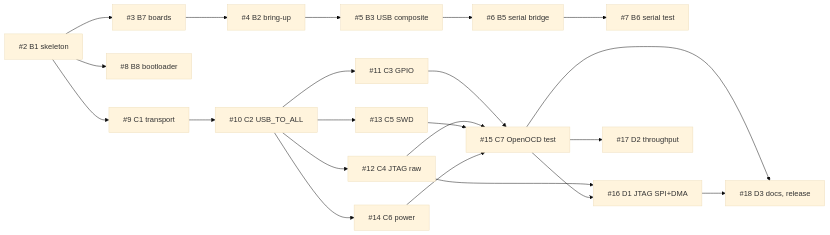
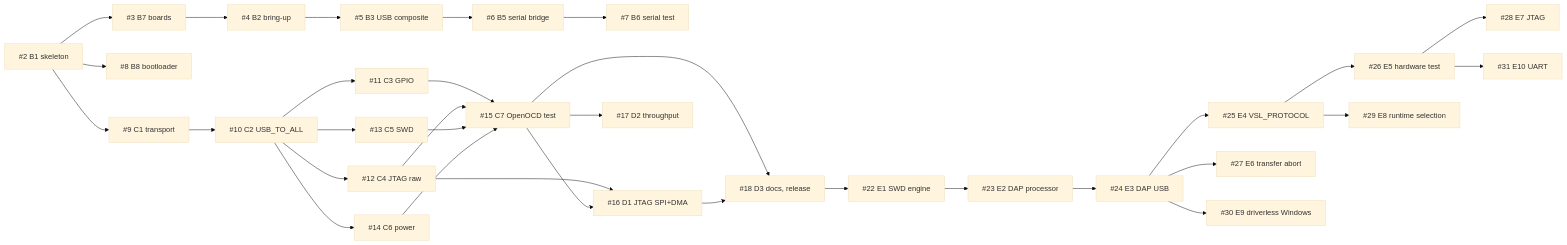
The diagram in docs/plan.md (OpenMUPP/OpenMUPP), drawn with Mermaid (base theme) before and after one commit. The commit also changed other lines of this file and 5 other files, not shown here.

Commit message:
docs: describe the VSL_PROTOCOL option and the CMSIS-DAP image

````diff
--- a/docs/plan.md
+++ b/docs/plan.md
@@ -72,24 +83,34 @@
 ```mermaid
 flowchart LR
     B1["#2 B1 skeleton"] --> B7["#3 B7 boards"]
     B7 --> B2["#4 B2 bring-up"]
     B2 --> B3["#5 B3 USB composite"]
     B3 --> B5["#6 B5 serial bridge"]
     B5 --> B6["#7 B6 serial test"]
     B1 --> B8["#8 B8 bootloader"]
     B1 --> C1["#9 C1 transport"]
     C1 --> C2["#10 C2 USB_TO_ALL"]
     C2 --> C3["#11 C3 GPIO"]
     C2 --> C4["#12 C4 JTAG raw"]
     C2 --> C5["#13 C5 SWD"]
     C2 --> C6["#14 C6 power"]
     C3 --> C7["#15 C7 OpenOCD test"]
     C4 --> C7
     C5 --> C7
     C6 --> C7
     C4 --> D1["#16 D1 JTAG SPI+DMA"]
     C7 --> D1
     C7 --> D2["#17 D2 throughput"]
     C7 --> D3["#18 D3 docs, release"]
     D1 --> D3
+    D3 --> E1["#22 E1 SWD engine"]
+    E1 --> E2["#23 E2 DAP processor"]
+    E2 --> E3["#24 E3 DAP USB"]
+    E3 --> E4["#25 E4 VSL_PROTOCOL"]
+    E4 --> E5["#26 E5 hardware test"]
+    E3 --> E6["#27 E6 transfer abort"]
+    E5 --> E7["#28 E7 JTAG"]
+    E4 --> E8["#29 E8 runtime selection"]
+    E3 --> E9["#30 E9 driverless Windows"]
+    E5 --> E10["#31 E10 UART"]
 ```
````
